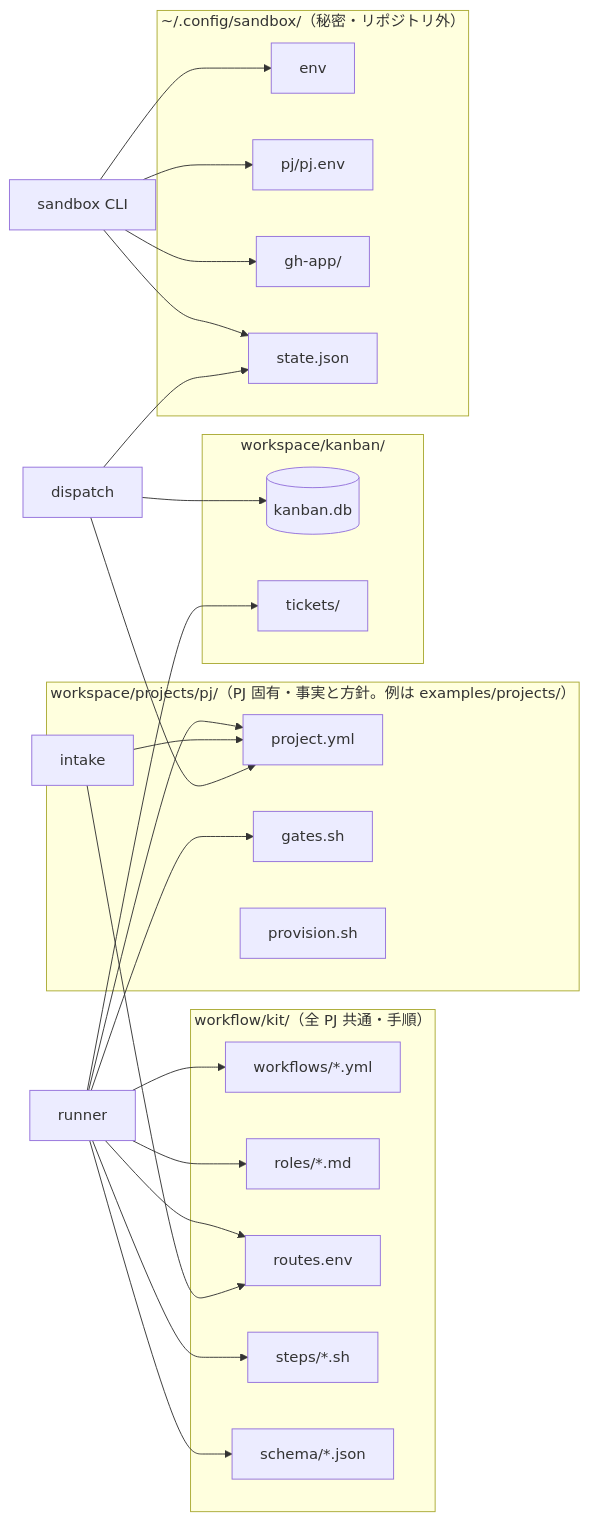
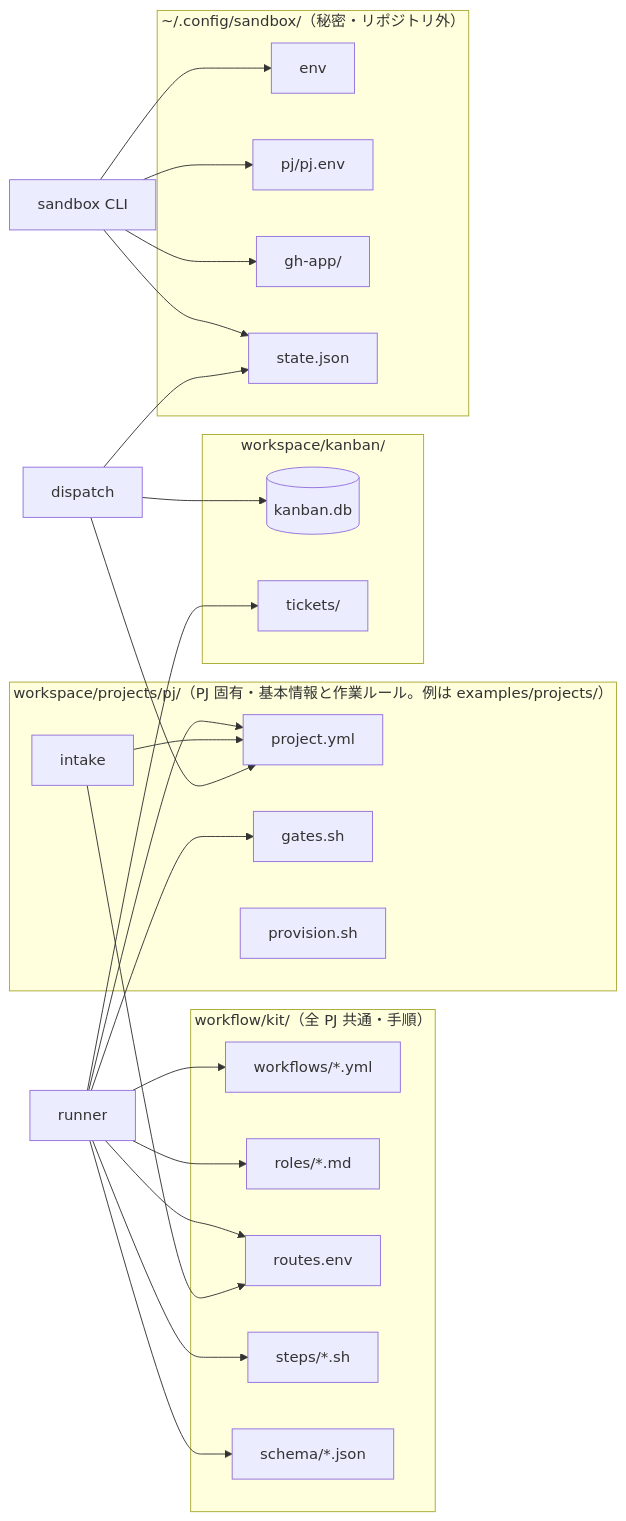
One commit to akkijp-oss/aifactory changed the diagram in website/content/ja/concepts/configuration.md. Above: the diagram before and after it, drawn with Mermaid. The commit also changed other lines of this file and 40 other files, not shown here.

````diff
--- a/website/content/ja/concepts/configuration.md
+++ b/website/content/ja/concepts/configuration.md
@@ -7,29 +7,29 @@
 ```mermaid
 flowchart LR
   subgraph kit["workflow/kit/（全 PJ 共通・手順）"]
     WF[workflows/*.yml]
     RO[roles/*.md]
     RT[routes.env]
     ST[steps/*.sh]
     SC[schema/*.json]
   end
-  subgraph pj["workspace/projects/pj/（PJ 固有・事実と方針。例は examples/projects/）"]
+  subgraph pj["workspace/projects/pj/（PJ 固有・基本情報と作業ルール。例は examples/projects/）"]
     PY[project.yml]
     GS[gates.sh]
     PV[provision.sh]
   end
   subgraph home["~/.config/sandbox/（秘密・リポジトリ外）"]
     ENV[env]
     PJE[pj/pj.env]
     APP[gh-app/]
     STJ[state.json]
   end
   subgraph kb["workspace/kanban/"]
     DB[(kanban.db)]
     TK[tickets/]
   end
   RN[runner] --> WF & RO & RT & ST & SC & PY & GS & TK
   SB[sandbox CLI] --> ENV & PJE & APP & STJ
   IN[intake] --> RT & PY
   DP[dispatch] --> PY & STJ & DB
 ```
````
